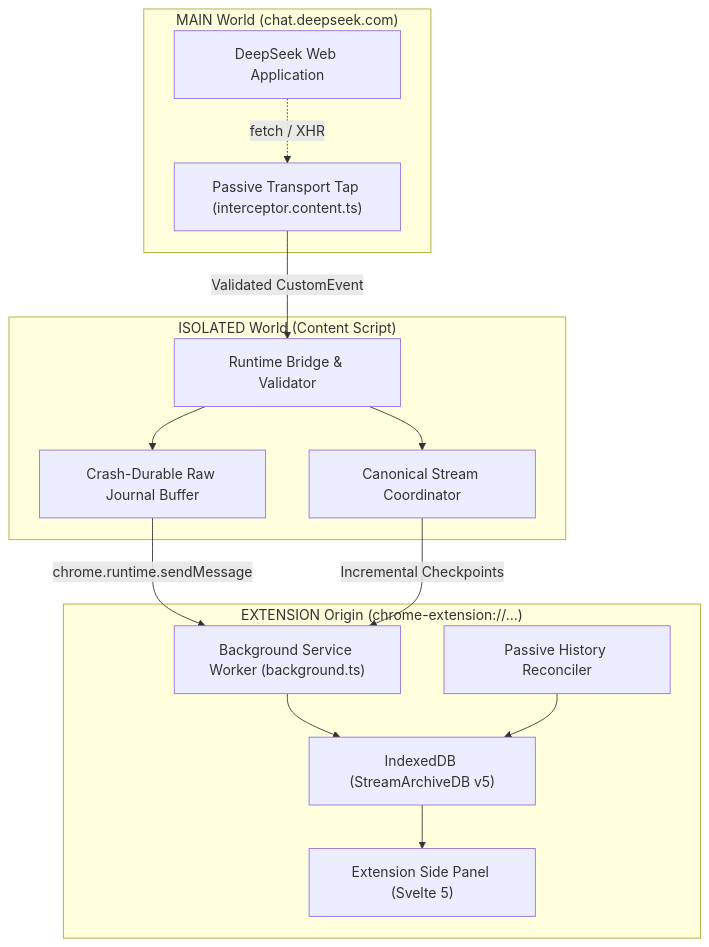
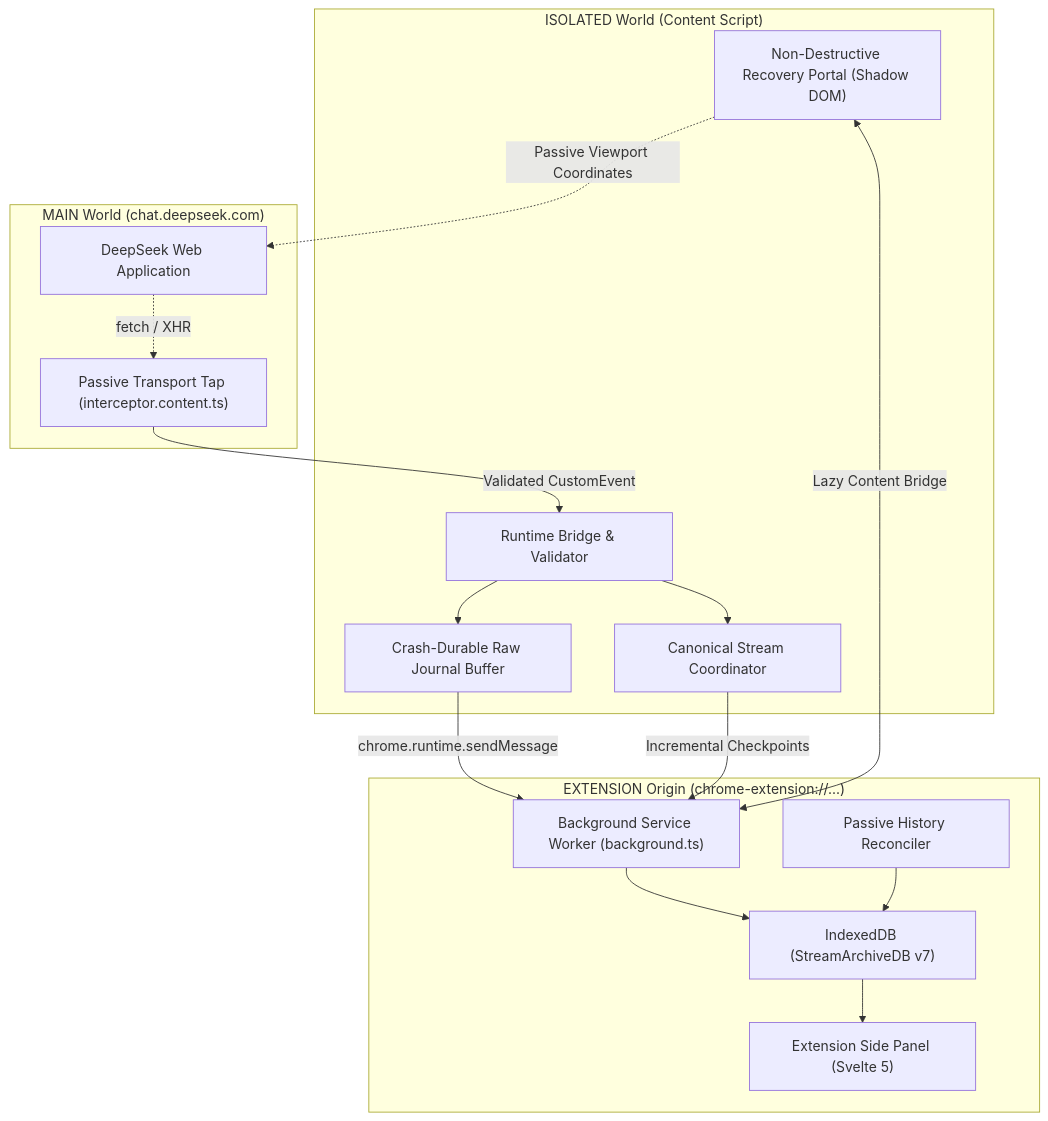
One commit to MalenkiySolovey/deepseek-stream-archive changed the diagram in README.md. Above: the diagram before and after it, drawn with Mermaid. The commit also changed other lines of this file and 31 other files, not shown here.

````diff
--- a/README.md
+++ b/README.md
@@ -92,31 +98,34 @@
 ```mermaid
 flowchart TD
     subgraph PAGE_MAIN_WORLD["MAIN World (chat.deepseek.com)"]
         PageApp["DeepSeek Web Application"]
         Interceptor["Passive Transport Tap (interceptor.content.ts)"]
         PageApp -.->|"fetch / XHR"| Interceptor
     end
 
     subgraph ISOLATED_WORLD["ISOLATED World (Content Script)"]
         Bridge["Runtime Bridge & Validator"]
         Coordinator["Canonical Stream Coordinator"]
         RawBuffer["Crash-Durable Raw Journal Buffer"]
+        Overlay["Non-Destructive Recovery Portal (Shadow DOM)"]
         
         Interceptor -->|"Validated CustomEvent"| Bridge
         Bridge --> RawBuffer
         Bridge --> Coordinator
+        Overlay -.->|"Passive Viewport Coordinates"| PageApp
     end
 
     subgraph EXTENSION_WORLD["EXTENSION Origin (chrome-extension://...)"]
         BackgroundWorker["Background Service Worker (background.ts)"]
         SidePanel["Extension Side Panel (Svelte 5)"]
-        StorageEngine["IndexedDB (StreamArchiveDB v5)"]
+        StorageEngine["IndexedDB (StreamArchiveDB v7)"]
         Reconciler["Passive History Reconciler"]
         
         RawBuffer -->|"chrome.runtime.sendMessage"| BackgroundWorker
         Coordinator -->|"Incremental Checkpoints"| BackgroundWorker
+        Overlay <-->|"Lazy Content Bridge"| BackgroundWorker
         BackgroundWorker --> StorageEngine
         Reconciler --> StorageEngine
         StorageEngine --> SidePanel
     end
 ```
````
